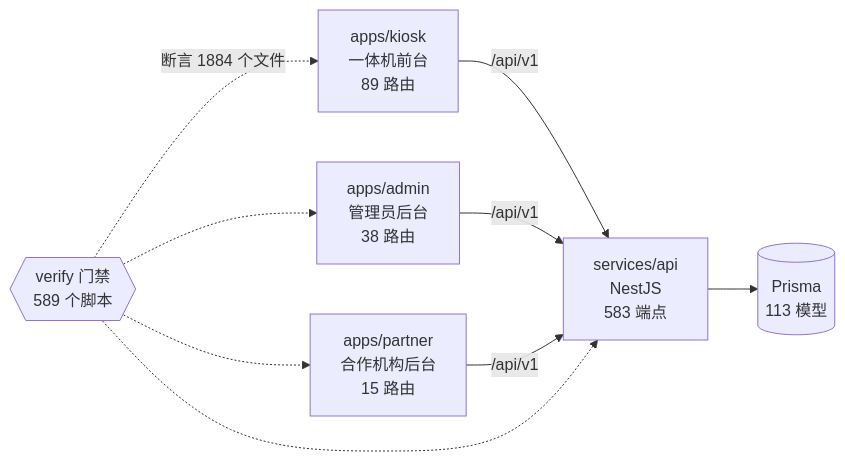
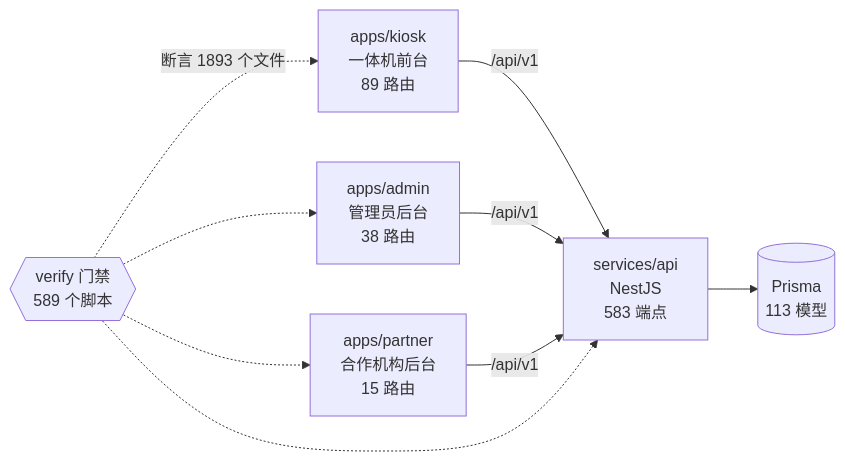
Before and after one commit to wanglei581/YITIJI: the diagram in docs/graph/README.md, drawn with Mermaid. The commit also changed other lines of this file and 2 other files, not shown here.

Commit message:
chore(graph): 第七次第三块批次合入后重生图谱

````diff
--- a/docs/graph/README.md
+++ b/docs/graph/README.md
@@ -68,18 +68,18 @@
 ```mermaid
 flowchart LR
   kiosk["apps/kiosk<br/>一体机前台<br/>89 路由"]
   admin["apps/admin<br/>管理员后台<br/>38 路由"]
   partner["apps/partner<br/>合作机构后台<br/>15 路由"]
   api["services/api<br/>NestJS<br/>583 端点"]
   db[("Prisma<br/>113 模型")]
   gates{{"verify 门禁<br/>589 个脚本"}}
 
   kiosk -->|"/api/v1"| api
   admin -->|"/api/v1"| api
   partner -->|"/api/v1"| api
   api --> db
-  gates -.->|"断言 1884 个文件"| kiosk
+  gates -.->|"断言 1893 个文件"| kiosk
   gates -.-> admin
   gates -.-> partner
   gates -.-> api
 ```
````
